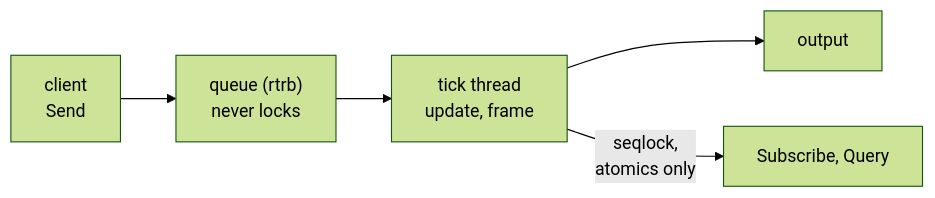
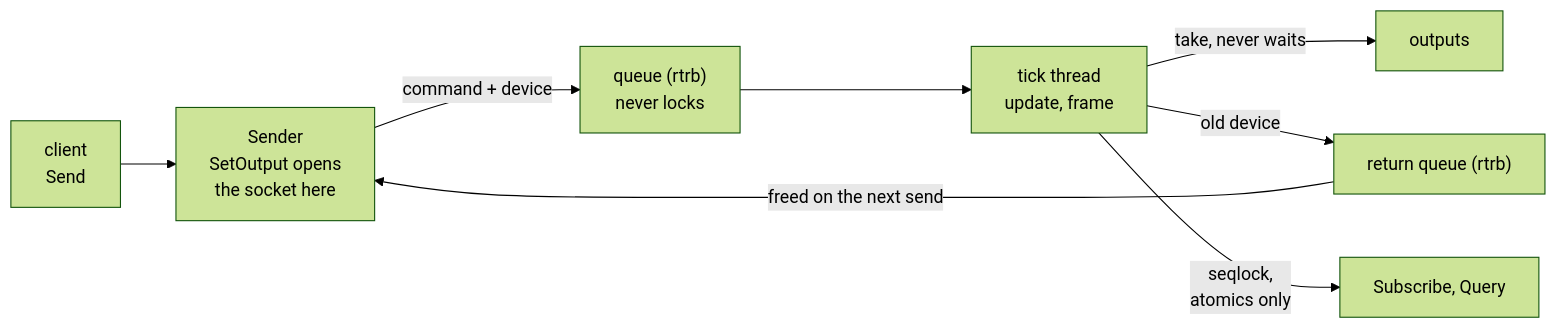
Before and after one commit to abossard/bossylights: the second of 3 diagrams in README.md, drawn with Mermaid (forest theme). The commit also changed other lines of this file and 2 other files, not shown here.

Commit message:
docs: outputs, and how they get on and off the tick thread (#105)

````diff
--- a/README.md
+++ b/README.md
@@ -35,5 +36,6 @@
 ```mermaid
 flowchart LR
-  C["client<br/>Send"] --> Q["queue (rtrb)<br/>never locks"] --> U["tick thread<br/>update, frame"] --> O["output"]
+  C["client<br/>Send"] --> SE["Sender<br/>SetOutput opens<br/>the socket here"] -- "command + device" --> Q["queue (rtrb)<br/>never locks"] --> U["tick thread<br/>update, frame"] -- "take, never waits" --> O["outputs"]
+  U -- "old device" --> R["return queue (rtrb)"] -- "freed on the next send" --> SE
   U -- "seqlock,<br/>atomics only" --> S["Subscribe, Query"]
 ```
````
